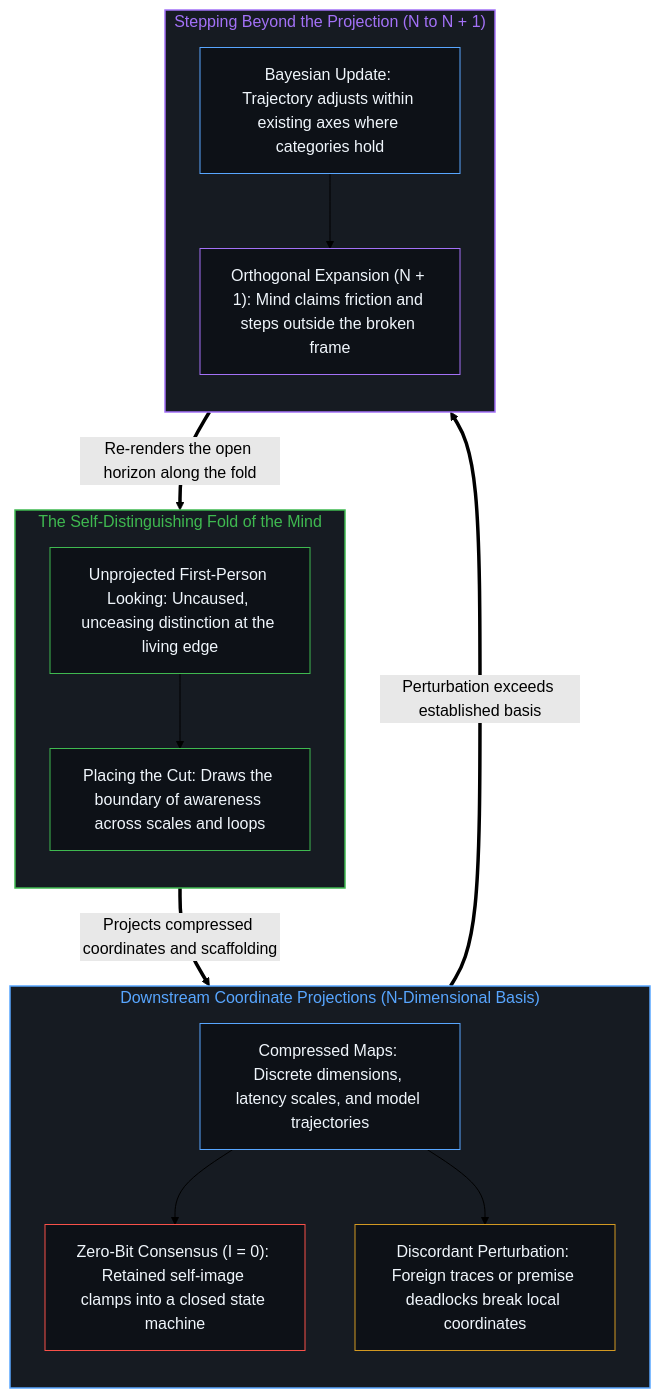
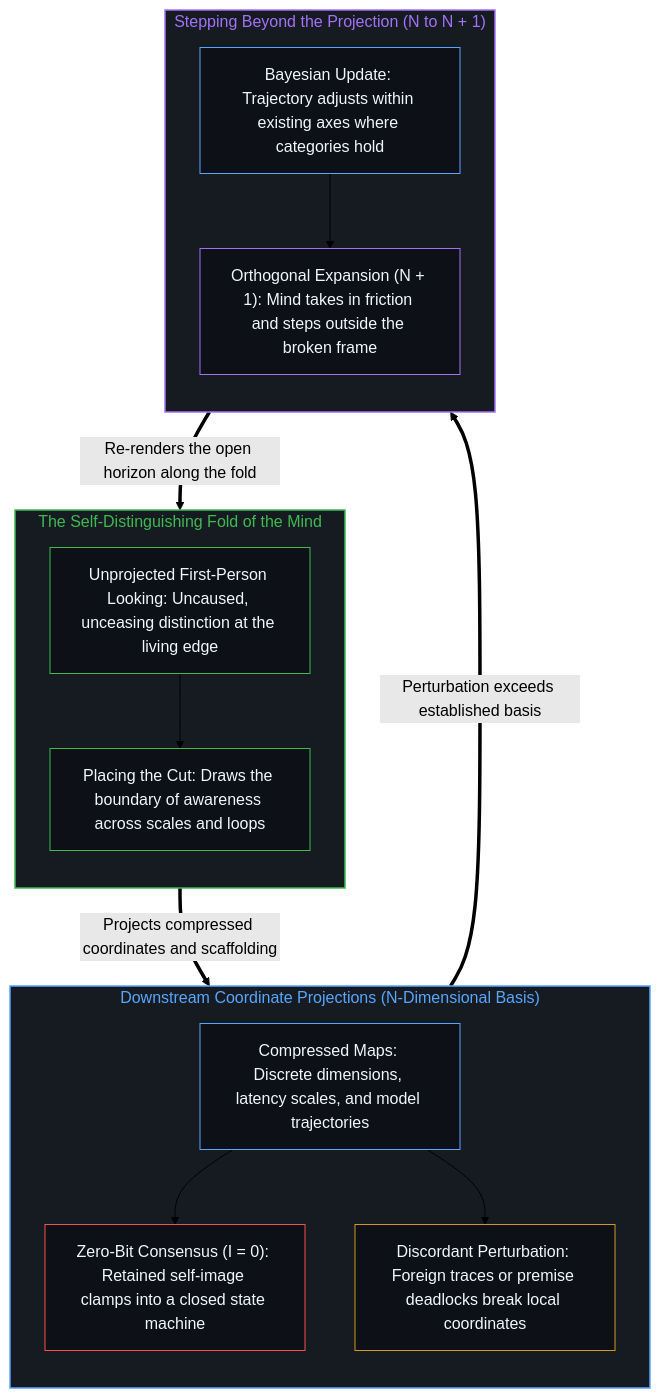
Before and after one commit to powerpig99/not-a-toe: the second of 2 diagrams in content/posts/the-continuum-of-the-fold.md, drawn with Mermaid (forest theme). The commit also changed other lines of this file and 4 other files, not shown here.

````diff
--- a/content/posts/the-continuum-of-the-fold.md
+++ b/content/posts/the-continuum-of-the-fold.md
@@ -112,36 +112,36 @@
 ```mermaid
 flowchart TD
     subgraph S_Fold["The Self-Distinguishing Fold of the Mind"]
         direction TB
         F_Look["Unprojected First-Person Looking: Uncaused, unceasing distinction at the living edge"]
         F_Cut["Placing the Cut: Draws the boundary of awareness across scales and loops"]
         F_Look --> F_Cut
     end
     subgraph S_Proj["Downstream Coordinate Projections (N-Dimensional Basis)"]
         direction TB
         P_Coord["Compressed Maps: Discrete dimensions, latency scales, and model trajectories"]
         P_Echo["Zero-Bit Consensus (I = 0): Retained self-image clamps into a closed state machine"]
         P_Collide["Discordant Perturbation: Foreign traces or premise deadlocks break local coordinates"]
         P_Coord --> P_Echo
         P_Coord --> P_Collide
     end
     subgraph S_Expand["Stepping Beyond the Projection (N to N + 1)"]
         direction TB
         E_Update["Bayesian Update: Trajectory adjusts within existing axes where categories hold"]
-        E_Ortho["Orthogonal Expansion (N + 1): Mind claims friction and steps outside the broken frame"]
+        E_Ortho["Orthogonal Expansion (N + 1): Mind takes in friction and steps outside the broken frame"]
         E_Update --> E_Ortho
     end
     F_Cut ==>|"Projects compressed coordinates and scaffolding"| P_Coord
     P_Collide ==>|"Perturbation exceeds established basis"| E_Update
     E_Ortho ==>|"Re-renders the open horizon along the fold"| F_Look
     style S_Fold fill:#161b22,stroke:#3fb950,stroke-width:1.5px,color:#3fb950
     style S_Proj fill:#161b22,stroke:#58a6ff,stroke-width:1.5px,color:#58a6ff
     style S_Expand fill:#161b22,stroke:#a371f7,stroke-width:1.5px,color:#a371f7
     style F_Look fill:#0d1117,stroke:#3fb950,stroke-width:1px,color:#f0f6fc
     style F_Cut fill:#0d1117,stroke:#3fb950,stroke-width:1px,color:#f0f6fc
     style P_Coord fill:#0d1117,stroke:#58a6ff,stroke-width:1px,color:#f0f6fc
     style P_Echo fill:#0d1117,stroke:#f85149,stroke-width:1px,color:#f0f6fc
     style P_Collide fill:#0d1117,stroke:#d29922,stroke-width:1px,color:#f0f6fc
     style E_Update fill:#0d1117,stroke:#58a6ff,stroke-width:1px,color:#f0f6fc
     style E_Ortho fill:#0d1117,stroke:#a371f7,stroke-width:1px,color:#f0f6fc
 ```
````
